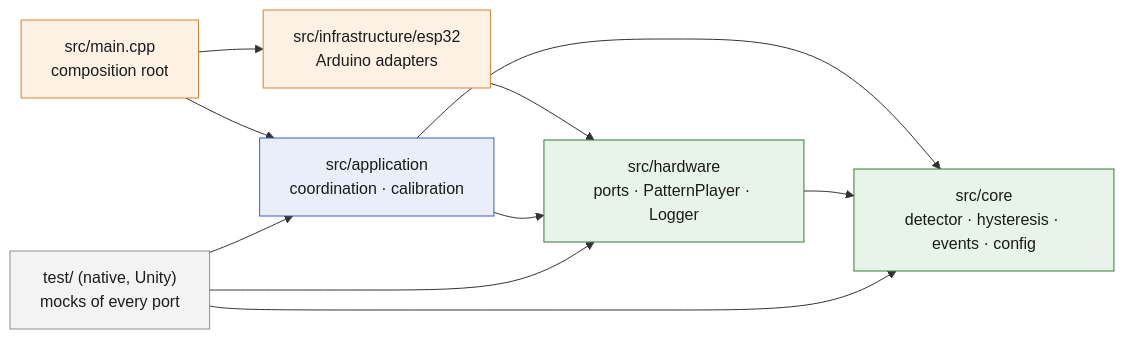
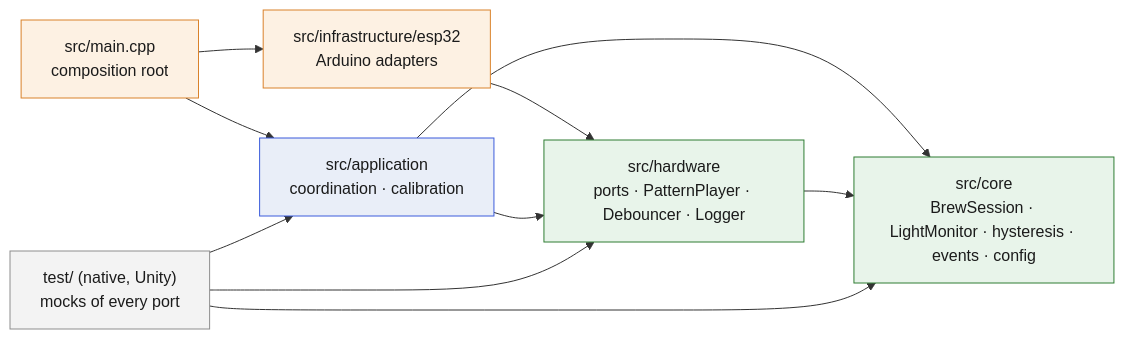
The diagram in docs/diagrams/layers.mmd (Amad3eu/coffeereadyindicator), drawn with Mermaid before and after one commit. The commit also changed 80 other files, not shown here.

First line of the commit message:
feat: brew sessions opened by a START button (green light alone is not coffee) (#6)

```diff
--- a/docs/diagrams/layers.mmd
+++ b/docs/diagrams/layers.mmd
@@ -1,27 +1,27 @@
 %% Dependency direction between the source layers. Arrows mean "depends on".
 flowchart LR
     MAIN["src/main.cpp<br/>composition root"]
     INFRA["src/infrastructure/esp32<br/>Arduino adapters"]
     APP["src/application<br/>coordination · calibration"]
-    HW["src/hardware<br/>ports · PatternPlayer · Logger"]
-    CORE["src/core<br/>detector · hysteresis · events · config"]
+    HW["src/hardware<br/>ports · PatternPlayer · Debouncer · Logger"]
+    CORE["src/core<br/>BrewSession · LightMonitor · hysteresis · events · config"]
     TESTS["test/ (native, Unity)<br/>mocks of every port"]
 
     MAIN --> INFRA
     MAIN --> APP
     INFRA --> HW
     APP --> HW
     APP --> CORE
     HW --> CORE
     TESTS --> APP
     TESTS --> HW
     TESTS --> CORE
 
     classDef core fill:#e8f4ea,stroke:#2e7d32,color:#1b1b1b;
     classDef app fill:#e9eef8,stroke:#3b5bdb,color:#1b1b1b;
     classDef infra fill:#fdf1e3,stroke:#d9822b,color:#1b1b1b;
     classDef test fill:#f3f3f3,stroke:#8d8d8d,color:#1b1b1b;
     class CORE,HW core;
     class APP app;
     class INFRA,MAIN infra;
     class TESTS test;
```
